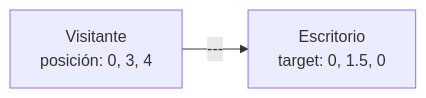
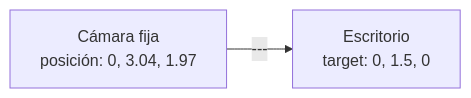
One commit to Palcojulian/portafolio changed the second of 2 diagrams in docs/01-arquitectura/vision-general.md. Above: the diagram before and after it, drawn with Mermaid. The commit also changed other lines of this file and 4 other files, not shown here.

````diff
--- a/docs/01-arquitectura/vision-general.md
+++ b/docs/01-arquitectura/vision-general.md
@@ -76,4 +76,4 @@
 ```mermaid
 graph LR
-    A[Visitante<br/>posición: 0, 3, 4] -->|---| B[Escritorio<br/>target: 0, 1.5, 0]
+    A[Cámara fija<br/>posición: 0, 3.04, 1.97] -->|---| B[Escritorio<br/>target: 0, 1.5, 0]
 ```
````
